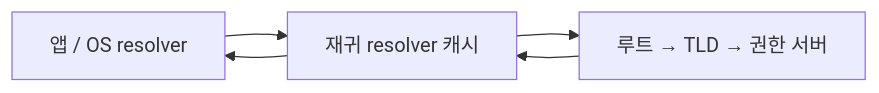
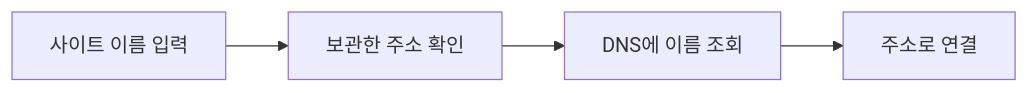
One commit to moocongpapa/it-study changed the diagram in content/topics/dns-resolution.md. Above: the diagram before and after it, drawn with Mermaid. The commit also changed other lines of this file and 71 other files, not shown here.

````diff
--- a/content/topics/dns-resolution.md
+++ b/content/topics/dns-resolution.md
@@ -6,6 +20,4 @@
 ```mermaid
 flowchart LR
-  A["앱 / OS resolver"] --> B["재귀 resolver 캐시"]
-  B --> C["루트 → TLD → 권한 서버"]
-  C --> B --> A
+ A["사이트 이름 입력"] --> B["보관한 주소 확인"] --> C["DNS에 이름 조회"] --> D["주소로 연결"]
 ```
````
